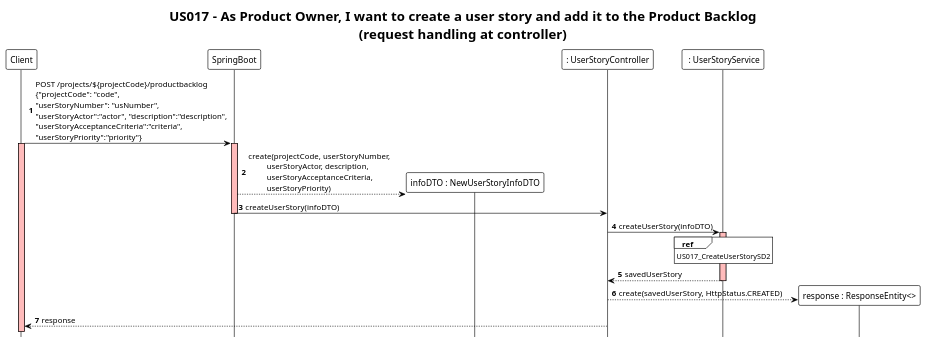
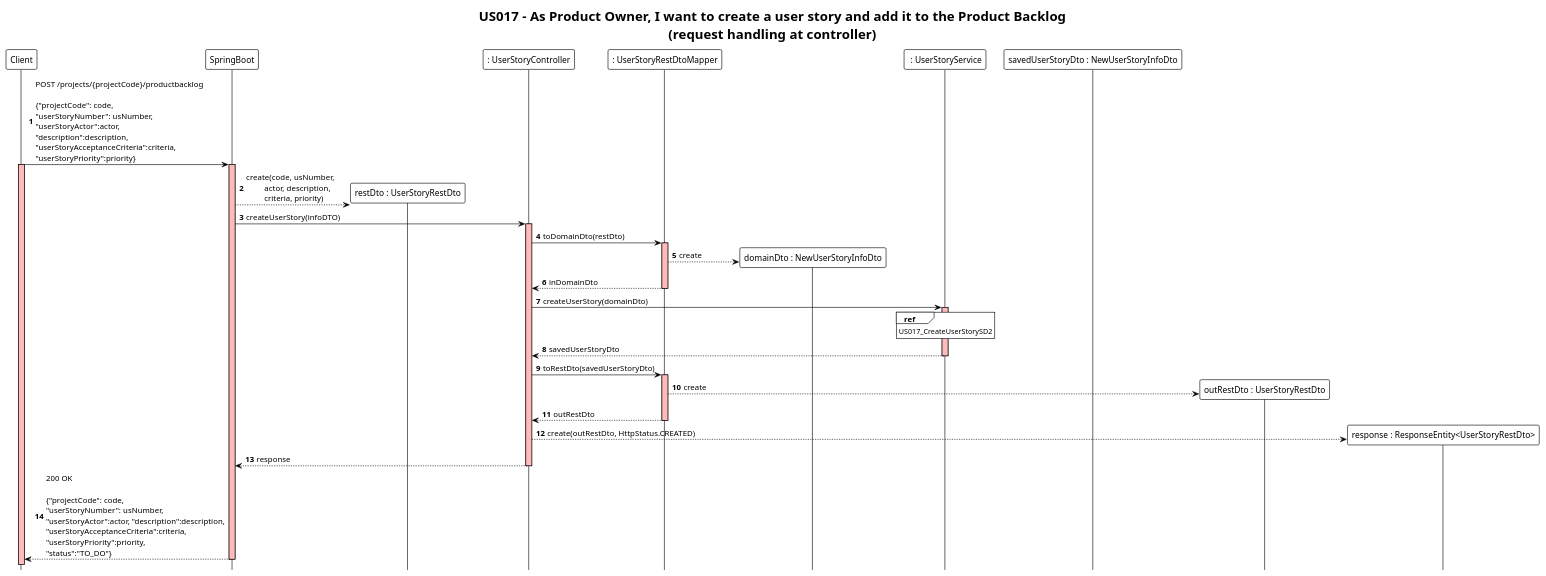
Before and after one commit to ivo-menezes/project_g3: the diagram in docs/modelling_design/user_stories/us017/US017_CreateUserStorySD1.puml, drawn with PlantUML. The commit also changed 5 other files, not shown here.

```diff
--- a/docs/modelling_design/user_stories/us017/US017_CreateUserStorySD1.puml
+++ b/docs/modelling_design/user_stories/us017/US017_CreateUserStorySD1.puml
@@ -1,38 +1,59 @@
 @startuml
 !theme plain
 hide footbox
 autonumber
 
 skinparam sequence{
 LifeLineBackgroundColor #FFBBBB
 }
 
 title US017 - As Product Owner, I want to create a user story and add it to the Product Backlog\n(request handling at controller)
 
 participant Client
 participant SpringBoot
-participant "infoDTO : NewUserStoryInfoDTO" as infoDTO
+participant "restDto : UserStoryRestDto" as inRestDTO
 participant ": UserStoryController" as controller
+participant ": UserStoryRestDtoMapper" as mapper
+participant "domainDto : NewUserStoryInfoDto" as inDomainDto
 participant " : UserStoryService" as service
-participant "response : ResponseEntity<>" as response
+participant "savedUserStoryDto : NewUserStoryInfoDto" as outDomainDto
+participant "outRestDto : UserStoryRestDto" as outRestDto
+participant "response : ResponseEntity<UserStoryRestDto>" as response
 
-Client -> SpringBoot : POST /projects/${projectCode}/productbacklog\n{"projectCode": "code",\n"userStoryNumber": "usNumber",\n"userStoryActor":"actor", "description":"description",\n"userStoryAcceptanceCriteria":"criteria",\n"userStoryPriority":"priority"}
+Client -> SpringBoot : POST /projects/{projectCode}/productbacklog\n\n{"projectCode": code,\n"userStoryNumber": usNumber,\n"userStoryActor":actor,\n"description":description,\n"userStoryAcceptanceCriteria":criteria,\n"userStoryPriority":priority}
 activate Client
 
 activate SpringBoot
-SpringBoot --> infoDTO ** : create(projectCode, userStoryNumber,\n         userStoryActor, description,\n         userStoryAcceptanceCriteria,\n         userStoryPriority)
+SpringBoot --> inRestDTO ** : create(code, usNumber,\n         actor, description,\n         criteria, priority)
 SpringBoot -> controller : createUserStory(infoDTO)
+
+activate controller
+controller -> mapper : toDomainDto(restDto)
+activate mapper
+mapper --> inDomainDto ** : create
+mapper --> controller : inDomainDto
 deactivate
 
-controller -> service : createUserStory(infoDTO)
-deactivate
+controller -> service : createUserStory(domainDto)
+
 
 activate service
 ref over service : US017_CreateUserStorySD2
-
-service --> controller : savedUserStory
+service --> controller : savedUserStoryDto
 deactivate
 
-controller --> response ** : create(savedUserStory, HttpStatus.CREATED)
-controller --> Client : response
+controller -> mapper : toRestDto(savedUserStoryDto)
+activate mapper
+mapper --> outRestDto ** : create
+mapper --> controller : outRestDto
+deactivate
+
+controller --> response ** : create(outRestDto, HttpStatus.CREATED)
+controller --> SpringBoot : response
+deactivate
+
+SpringBoot --> Client : 200 OK\n\n{"projectCode": code,\n"userStoryNumber": usNumber,\n"userStoryActor":actor, "description":description,\n"userStoryAcceptanceCriteria":criteria,\n"userStoryPriority":priority,\n"status":"TO_DO"}
+deactivate
+
+deactivate
 @enduml
```
